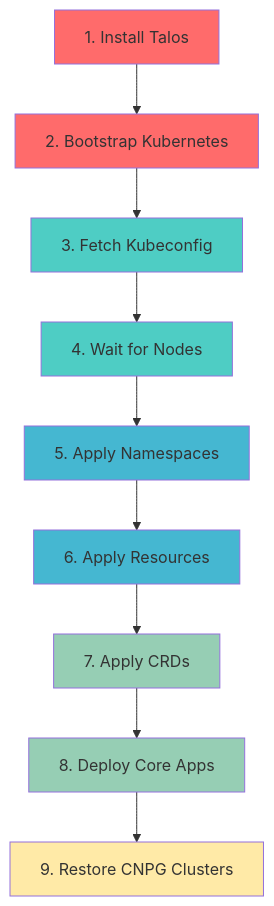
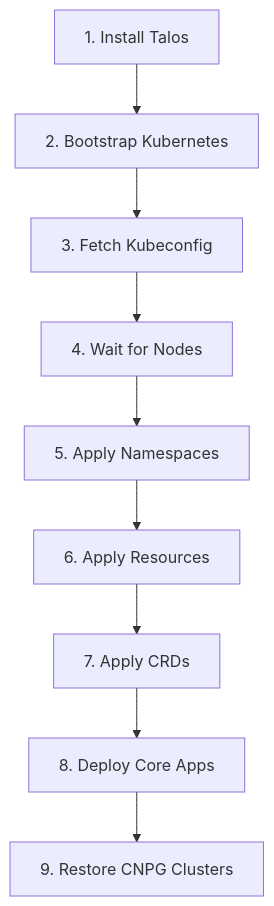
Before and after one commit to tscibilia/home-ops: the diagram in docs/infrastructure/bootstrap.md, drawn with Mermaid. The commit also changed 9 other files, not shown here.

````diff
--- a/docs/infrastructure/bootstrap.md
+++ b/docs/infrastructure/bootstrap.md
@@ -40,21 +40,11 @@
 ```mermaid
 graph TB
     A[1. Install Talos] --> B[2. Bootstrap Kubernetes]
     B --> C[3. Fetch Kubeconfig]
     C --> D[4. Wait for Nodes]
     D --> E[5. Apply Namespaces]
     E --> F[6. Apply Resources]
     F --> G[7. Apply CRDs]
     G --> H[8. Deploy Core Apps]
     H --> I[9. Restore CNPG Clusters]
-
-    style A fill:#ff6b6b
-    style B fill:#ff6b6b
-    style C fill:#4ecdc4
-    style D fill:#4ecdc4
-    style E fill:#45b7d1
-    style F fill:#45b7d1
-    style G fill:#96ceb4
-    style H fill:#96ceb4
-    style I fill:#ffeaa7
 ```
````
